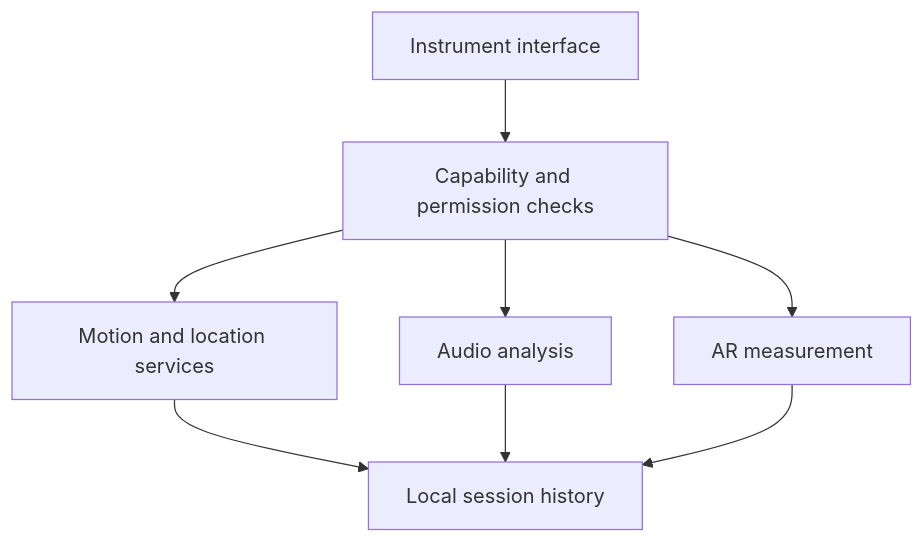
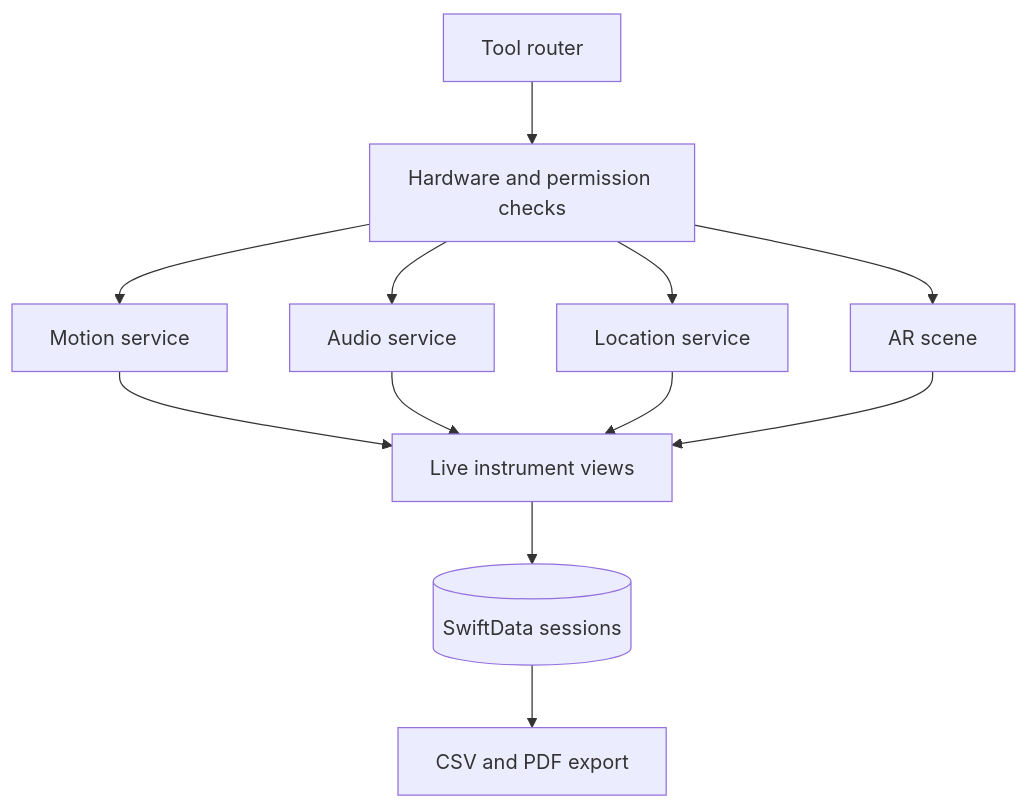
Before and after one commit to Zodomik/toolbox-pro-showcase: the diagram in docs/ENGINEERING.md, drawn with Mermaid. The commit also changed other lines of this file and 3 other files, not shown here.

Commit message:
Document architecture, data models and implementation details

````diff
--- a/docs/ENGINEERING.md
+++ b/docs/ENGINEERING.md
@@ -7,10 +18,14 @@
 ```mermaid
 flowchart TD
-A[Instrument interface] --> B[Capability and permission checks]
-B --> C[Motion and location services]
-B --> D[Audio analysis]
-B --> E[AR measurement]
-C --> F[Local session history]
-D --> F
-E --> F
+    Router[Tool router] --> Capability[Hardware and permission checks]
+    Capability --> Motion[Motion service]
+    Capability --> Audio[Audio service]
+    Capability --> Location[Location service]
+    Capability --> AR[AR scene]
+    Motion --> Views[Live instrument views]
+    Audio --> Views
+    Location --> Views
+    AR --> Views
+    Views --> Sessions[(SwiftData sessions)]
+    Sessions --> Export[CSV and PDF export]
 ```
````
